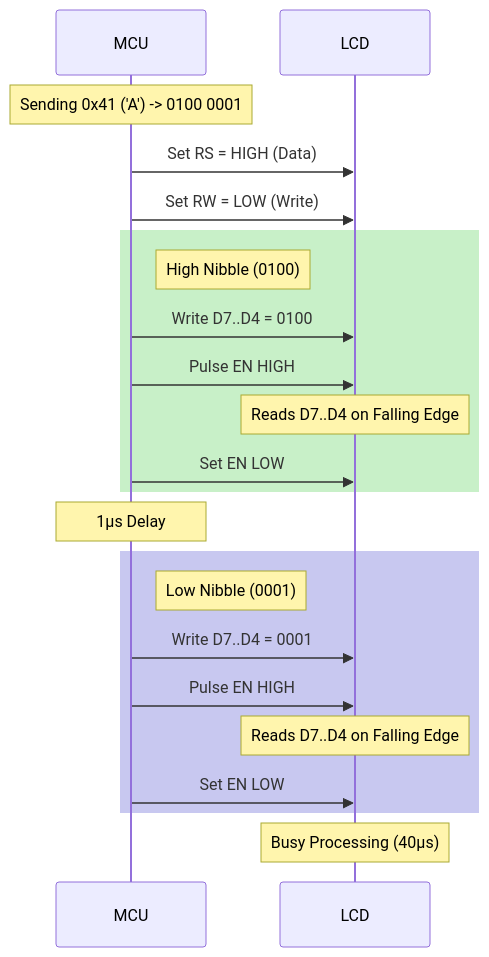
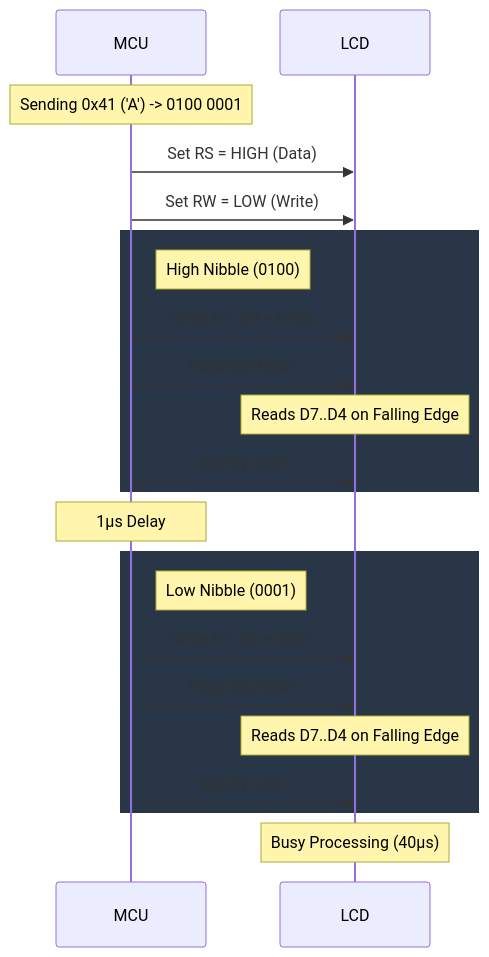
One commit to Gestell-Solution/Smart_Energy_Management_System changed the second of 4 diagrams in Doc/Embedded/New/06_ImplementationDoc/Software_Layers/HAL_Layer/LCD/LCD_Driver.md. Above: the diagram before and after it, drawn with Mermaid. The commit also changed other lines of this file, not shown here.

````diff
--- a/Doc/Embedded/New/06_ImplementationDoc/Software_Layers/HAL_Layer/LCD/LCD_Driver.md
+++ b/Doc/Embedded/New/06_ImplementationDoc/Software_Layers/HAL_Layer/LCD/LCD_Driver.md
@@ -117,30 +117,30 @@
 ```mermaid
 sequenceDiagram
     participant MCU
     participant LCD
 
     Note over MCU: Sending 0x41 ('A') -> 0100 0001
 
     MCU->>LCD: Set RS = HIGH (Data)
     MCU->>LCD: Set RW = LOW (Write)
 
-    rect rgb(200, 240, 200)
+    rect rgb(40, 54, 71)
         Note right of MCU: High Nibble (0100)
         MCU->>LCD: Write D7..D4 = 0100
         MCU->>LCD: Pulse EN HIGH
         Note over LCD: Reads D7..D4 on Falling Edge
         MCU->>LCD: Set EN LOW
     end
 
     Note over MCU: 1µs Delay
 
-    rect rgb(200, 200, 240)
+    rect rgb(40, 54, 71)
         Note right of MCU: Low Nibble (0001)
         MCU->>LCD: Write D7..D4 = 0001
         MCU->>LCD: Pulse EN HIGH
         Note over LCD: Reads D7..D4 on Falling Edge
         MCU->>LCD: Set EN LOW
     end
 
     Note over LCD: Busy Processing (40µs)
 ```
````
